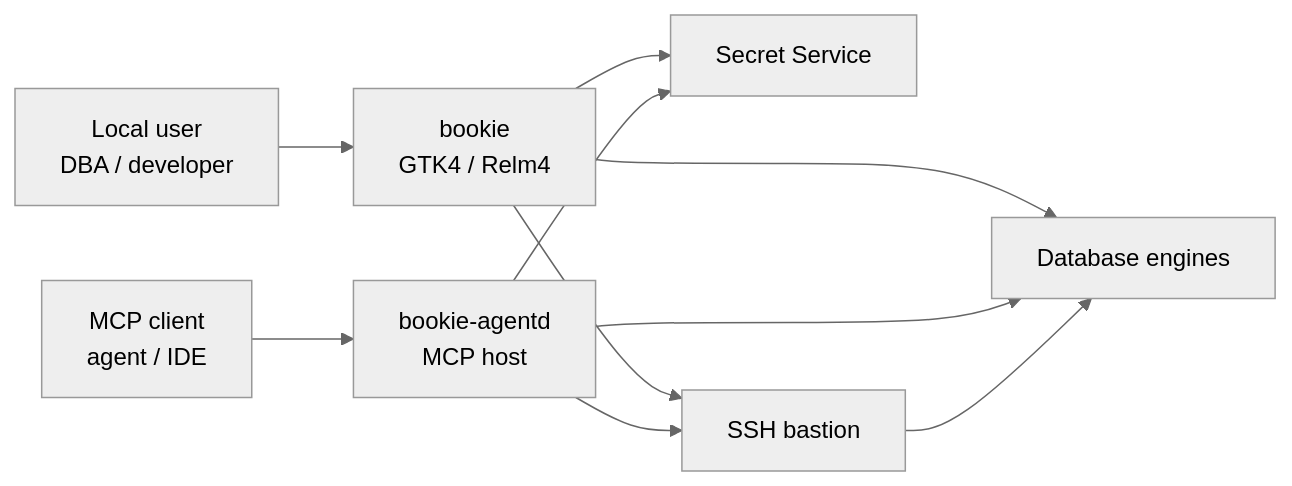
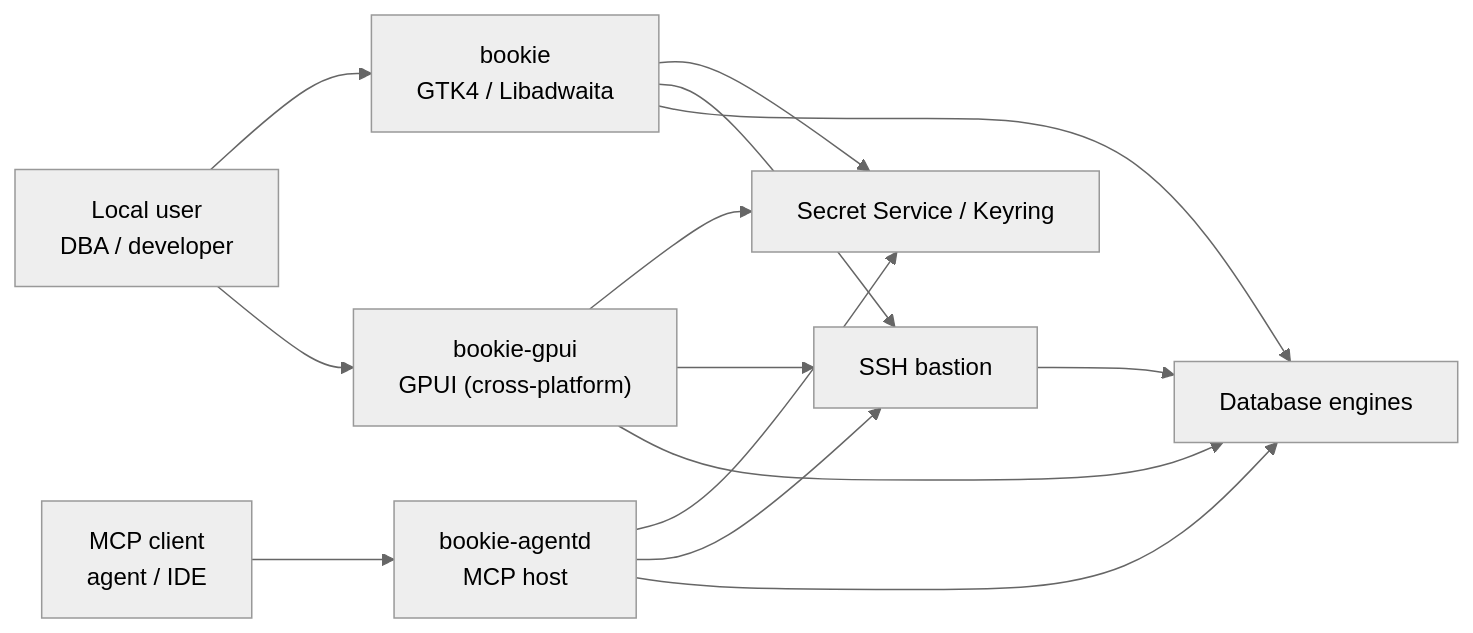
Before and after one commit to cozyGarage/BookiE: the first of 7 diagrams in ARCHITECTURE.md, drawn with Mermaid (neutral theme). The commit also changed other lines of this file and 17 other files, not shown here.

````diff
--- a/ARCHITECTURE.md
+++ b/ARCHITECTURE.md
@@ -63,20 +64,25 @@
 ```mermaid
 flowchart LR
     user["Local user<br/>DBA / developer"]
     mcpClient["MCP client<br/>agent / IDE"]
-    bookie["bookie<br/>GTK4 / Relm4"]
+    bookie["bookie<br/>GTK4 / Libadwaita"]
+    gpui["bookie-gpui<br/>GPUI (cross-platform)"]
     agentd["bookie-agentd<br/>MCP host"]
-    keyring["Secret Service"]
+    keyring["Secret Service / Keyring"]
     bastion["SSH bastion"]
     db["Database engines"]
 
     user --> bookie
+    user --> gpui
     mcpClient --> agentd
     bookie --> keyring
+    gpui --> keyring
     agentd --> keyring
     bookie --> bastion
+    gpui --> bastion
     agentd --> bastion
     bookie --> db
+    gpui --> db
     agentd --> db
     bastion --> db
 ```
````
